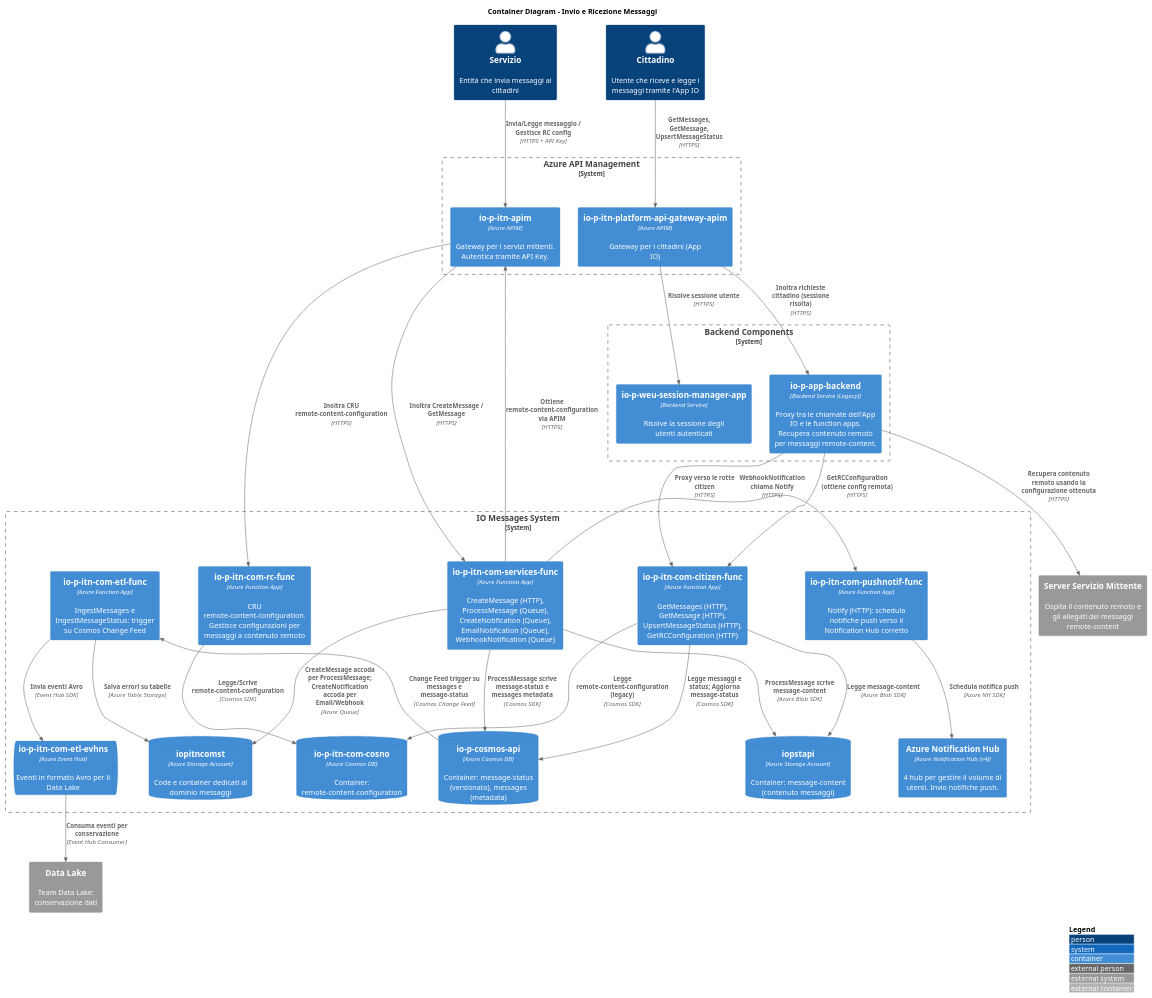
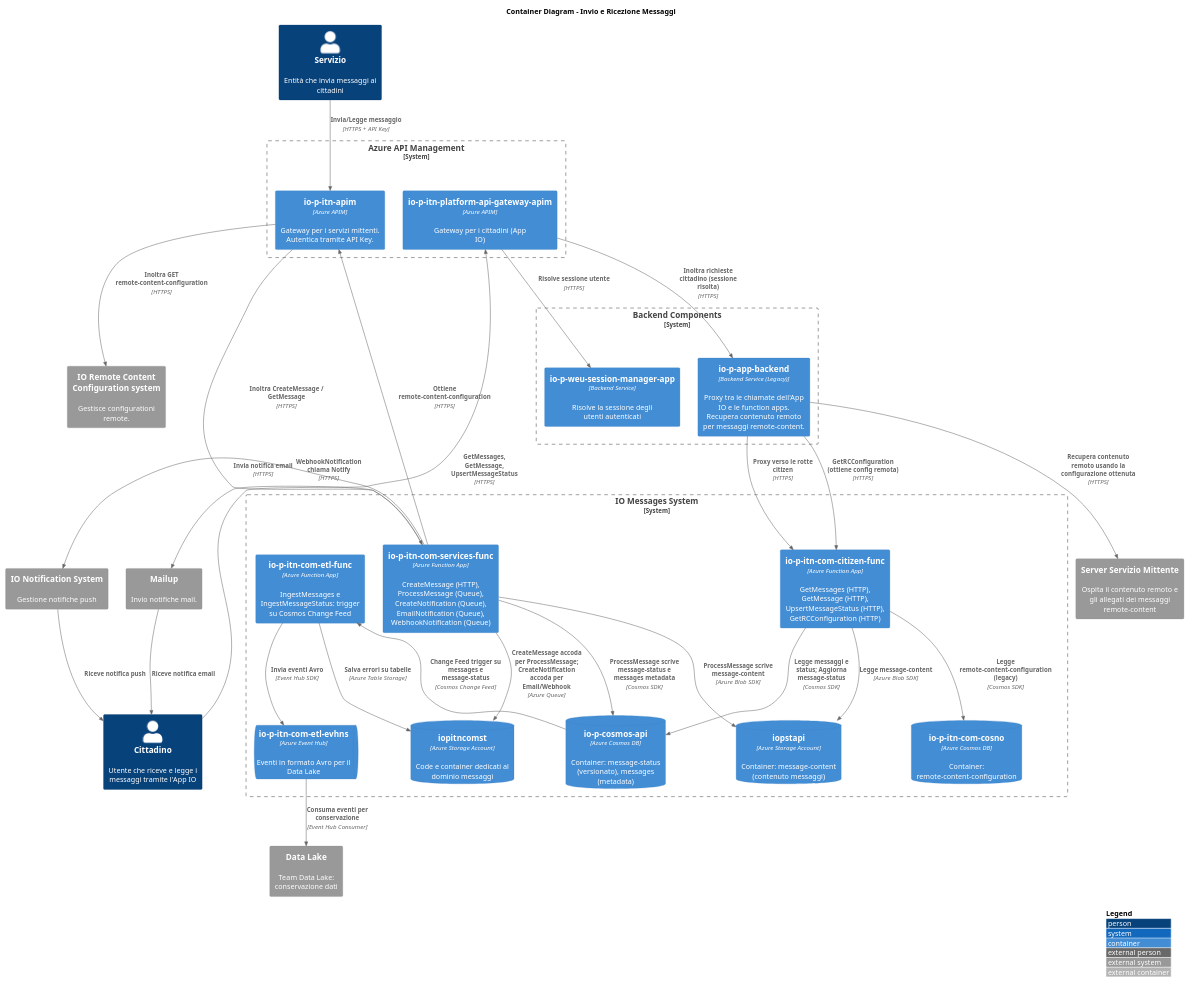
The diagram in docs/c4/puml/container-diagram.puml (pagopa/io-messages), drawn with PlantUML before and after one commit. The commit also changed 3 other files, not shown here.

First line of the commit message:
Rework c4 Diagram

```diff
--- a/docs/c4/puml/container-diagram.puml
+++ b/docs/c4/puml/container-diagram.puml
@@ -1,82 +1,80 @@
 @startuml Container Diagram - IO Messages
 !include https://raw.githubusercontent.com/plantuml-stdlib/C4-PlantUML/master/C4_Container.puml
 
 title Container Diagram - Invio e Ricezione Messaggi
 
 LAYOUT_WITH_LEGEND()
 
 ' Actors
 Person(citizen, "Cittadino", "Utente che riceve e legge i messaggi tramite l'App IO")
 Person(service, "Servizio", "Entità che invia messaggi ai cittadini")
 
 ' API Gateways
 System_Boundary(apim_boundary, "Azure API Management") {
     Container(apim_services, "io-p-itn-apim", "Azure APIM", "Gateway per i servizi mittenti. Autentica tramite API Key.")
     Container(apim_citizen, "io-p-itn-platform-api-gateway-apim", "Azure APIM", "Gateway per i cittadini (App IO)")
 }
 
 ' Backend Components
 System_Boundary(backend_boundary, "Backend Components") {
     Container(session_manager, "io-p-weu-session-manager-app", "Backend Service", "Risolve la sessione degli utenti autenticati")
     Container(app_backend, "io-p-app-backend", "Backend Service (Legacy)", "Proxy tra le chiamate dell'App IO e le function apps. Recupera contenuto remoto per messaggi remote-content.")
 }
 
 System_Boundary(func_boundary, "IO Messages System") {
     ' Function Apps
     Container(services_func, "io-p-itn-com-services-func", "Azure Function App", "CreateMessage (HTTP), ProcessMessage (Queue), CreateNotification (Queue), EmailNotification (Queue), WebhookNotification (Queue)")
     Container(citizen_func, "io-p-itn-com-citizen-func", "Azure Function App", "GetMessages (HTTP), GetMessage (HTTP), UpsertMessageStatus (HTTP), GetRCConfiguration (HTTP)")
-    Container(pushnotif_func, "io-p-itn-com-pushnotif-func", "Azure Function App", "Notify (HTTP): schedula notifiche push verso il Notification Hub corretto")
-    Container(rc_func, "io-p-itn-com-rc-func", "Azure Function App", "CRU remote-content-configuration. Gestisce configurazioni per messaggi a contenuto remoto")
     Container(etl_ingest, "io-p-itn-com-etl-func", "Azure Function App", "IngestMessages e IngestMessageStatus: trigger su Cosmos Change Feed")
 
     ' Data Stores
     ContainerDb(cosmos, "io-p-cosmos-api", "Azure Cosmos DB", "Container: message-status (versionato), messages (metadata)")
     ContainerDb(cosmos_com, "io-p-itn-com-cosno", "Azure Cosmos DB", "Container: remote-content-configuration")
     ContainerDb(storage_content, "iopstapi", "Azure Storage Account", "Container: message-content (contenuto messaggi)")
     ContainerDb(storage_domain, "iopitncomst", "Azure Storage Account", "Code e container dedicati al dominio messaggi")
     ContainerQueue(eventhub, "io-p-itn-com-etl-evhns", "Azure Event Hub", "Eventi in formato Avro per il Data Lake")
-    Container(notification_hub, "Azure Notification Hub", "Azure Notification Hub (x4)", "4 hub per gestire il volume di utenti. Invio notifiche push.")
 }
 
 ' External Systems
 System_Ext(remote_content_server, "Server Servizio Mittente", "Ospita il contenuto remoto e gli allegati dei messaggi remote-content")
 System_Ext(data_lake, "Data Lake", "Team Data Lake: conservazione dati")
+System_Ext(io_notification, "IO Notification System", "Gestione notifiche push")
+System_Ext(mail_system, "Mailup", "Invio notifiche mail.")
+System_Ext(io_rc, "IO Remote Content Configuration system", "Gestisce configurationi remote.")
 
 ' Relationships - Services flow
-Rel_D(service, apim_services, "Invia/Legge messaggio / Gestisce RC config", "HTTPS + API Key")
+Rel_D(service, apim_services, "Invia/Legge messaggio", "HTTPS + API Key")
 Rel_D(apim_services, services_func, "Inoltra CreateMessage / GetMessage", "HTTPS")
-Rel_D(apim_services, rc_func, "Inoltra CRU remote-content-configuration", "HTTPS")
+Rel_D(apim_services, io_rc, "Inoltra GET remote-content-configuration", "HTTPS")
 
 ' Services func internal flow
 Rel_D(services_func, storage_domain, "CreateMessage accoda per ProcessMessage;\nCreateNotification accoda per Email/Webhook", "Azure Queue")
 Rel_D(services_func, cosmos, "ProcessMessage scrive message-status e messages metadata", "Cosmos SDK")
 Rel_D(services_func, storage_content, "ProcessMessage scrive message-content", "Azure Blob SDK")
-Rel_R(services_func, pushnotif_func, "WebhookNotification chiama Notify", "HTTPS")
-Rel_U(services_func, apim_services, "Ottiene remote-content-configuration via APIM", "HTTPS")
-
-' RC func
-Rel_D(rc_func, cosmos_com, "Legge/Scrive remote-content-configuration", "Cosmos SDK")
-
-' Push notification flow
-Rel_D(pushnotif_func, notification_hub, "Schedula notifica push", "Azure NH SDK")
+Rel_R(services_func, io_notification, "WebhookNotification chiama Notify", "HTTPS")
+Rel_R(services_func, mail_system, "Invia notifica email", "HTTPS")
+Rel_U(services_func, apim_services, "Ottiene remote-content-configuration", "HTTPS")
 
 ' Citizen flow
 Rel_D(citizen, apim_citizen, "GetMessages, GetMessage, UpsertMessageStatus", "HTTPS")
 Rel_D(apim_citizen, session_manager, "Risolve sessione utente", "HTTPS")
 Rel_D(apim_citizen, app_backend, "Inoltra richieste cittadino (sessione risolta)", "HTTPS")
 Rel_D(app_backend, citizen_func, "Proxy verso le rotte citizen", "HTTPS")
 Rel_D(citizen_func, cosmos, "Legge messaggi e status; Aggiorna message-status", "Cosmos SDK")
 Rel_D(citizen_func, storage_content, "Legge message-content", "Azure Blob SDK")
+Rel_D(mail_system, citizen,"Riceve notifica email")
+Rel_D(io_notification, citizen, "Riceve notifica push")
+
 
 ' ETL / Data Lake flow
 Rel_U(cosmos, etl_ingest, "Change Feed trigger su messages e message-status", "Cosmos Change Feed")
 Rel_D(etl_ingest, eventhub, "Invia eventi Avro", "Event Hub SDK")
 Rel_D(etl_ingest, storage_domain, "Salva errori su tabelle", "Azure Table Storage")
 Rel_D(eventhub, data_lake, "Consuma eventi per conservazione", "Event Hub Consumer")
 
 ' Remote content flow (legacy)
 Rel_D(app_backend, citizen_func, "GetRCConfiguration (ottiene config remota)", "HTTPS")
 Rel_D(citizen_func, cosmos_com, "Legge remote-content-configuration (legacy)", "Cosmos SDK")
 Rel_D(app_backend, remote_content_server, "Recupera contenuto remoto usando la configurazione ottenuta", "HTTPS")
 
 @enduml
```
